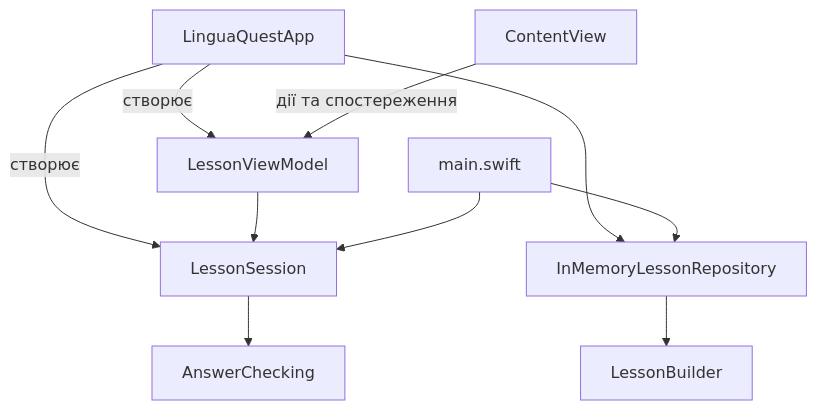
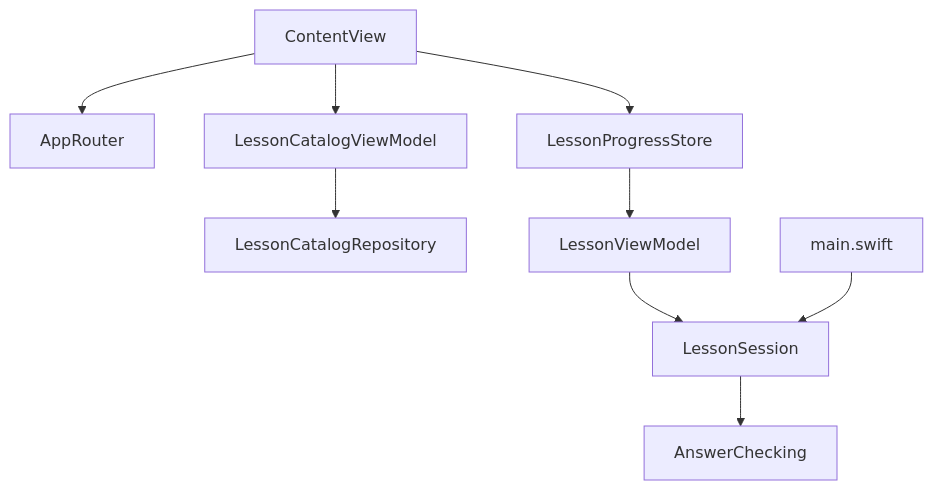
One commit to generalpygovka/LinguaQuest changed the diagram in docs/architecture.md. Above: the diagram before and after it, drawn with Mermaid. The commit also changed other lines of this file and 2 other files, not shown here.

````diff
--- a/docs/architecture.md
+++ b/docs/architecture.md
@@ -28,12 +35,11 @@
 ```mermaid
 flowchart TD
-    App["LinguaQuestApp"] -->|створює| VM["LessonViewModel"]
-    App -->|створює| Session["LessonSession"]
-    View["ContentView"] -->|дії та спостереження| VM
-    VM --> Session
+    Root["ContentView"] --> Router["AppRouter"]
+    Root --> Catalog["LessonCatalogViewModel"]
+    Root --> Store["LessonProgressStore"]
+    Catalog --> Repository["LessonCatalogRepository"]
+    Store --> VM["LessonViewModel"]
+    VM --> Session["LessonSession"]
     CLI["main.swift"] --> Session
     Session --> Checking["AnswerChecking"]
-    App --> Repository["InMemoryLessonRepository"]
-    CLI --> Repository
-    Repository --> Builder["LessonBuilder"]
 ```
````
